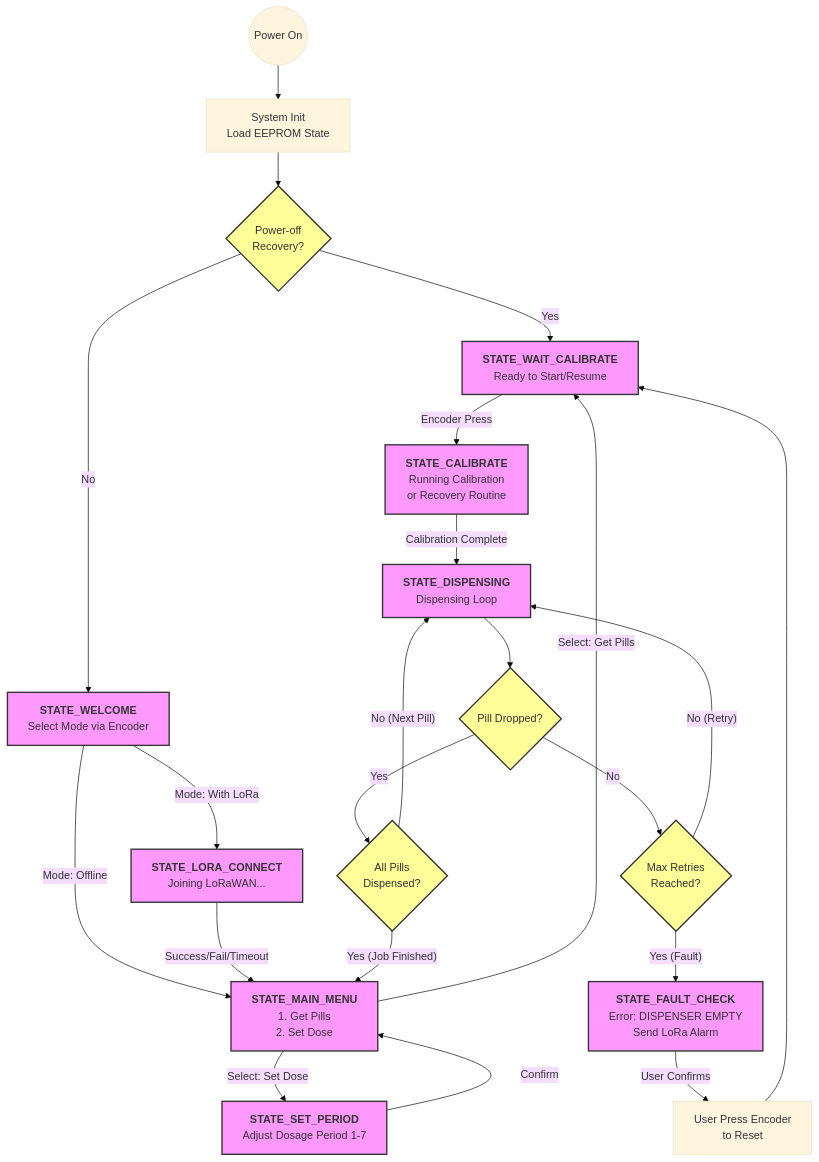
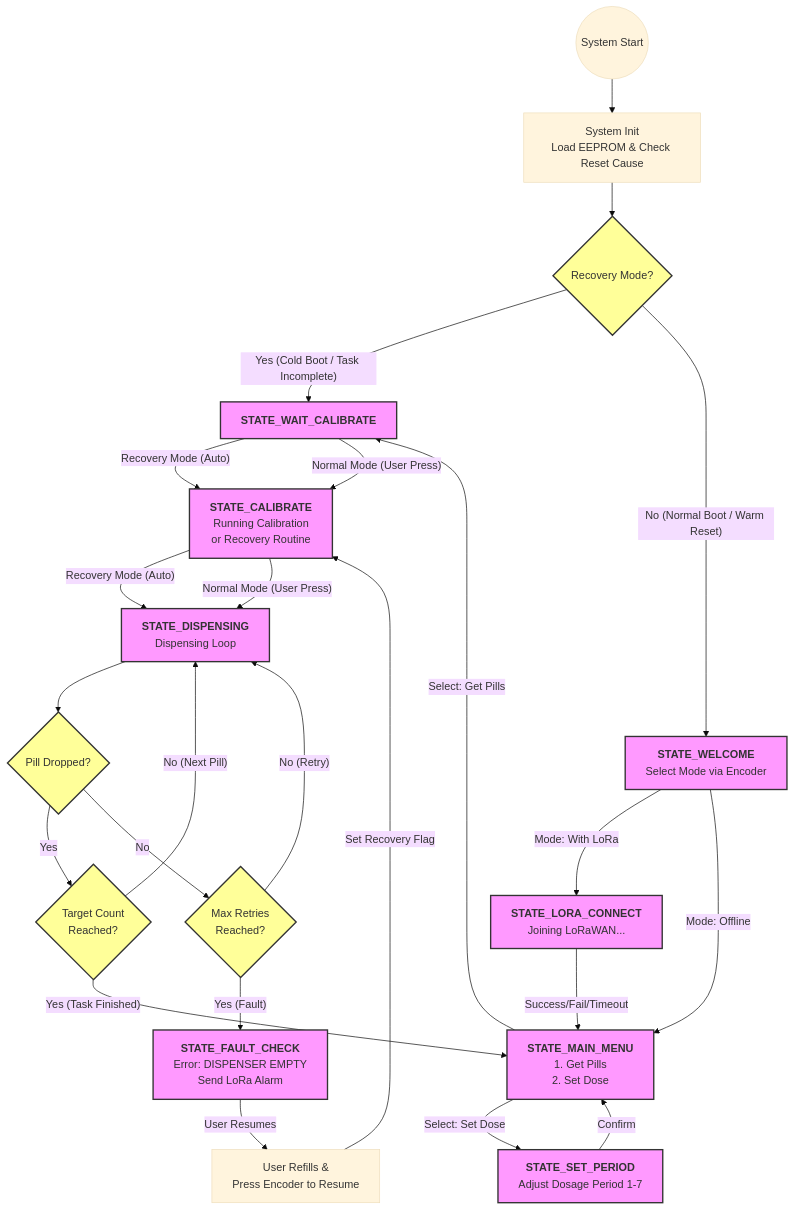
One commit to SuzyZhang-Dev/Pill-dispenser-SmartIoTproject changed the diagram in README.md. Above: the diagram before and after it, drawn with Mermaid (base theme). The commit also changed 8 other files, not shown here.

Commit message:
add reset(warm boot) function

````diff
--- a/README.md
+++ b/README.md
@@ -100,76 +100,81 @@
 ```mermaid
 flowchart TD
-    %% Node Definitions
-    Start((Power On))
-    Init[System Init<br/>Load EEPROM State]
-    CheckPowerOff{Power-off<br/>Recovery?}
-    
-    %% Welcome State
+%% Node Definitions
+    Start((System Start))
+    Init[System Init<br/>Load EEPROM & Check Reset Cause]
+
+    CheckRecovery{Recovery Mode?}
+
+%% Welcome State (Normal Boot)
     StateWelcome[<b>STATE_WELCOME</b><br/>Select Mode via Encoder]
     StateLora[<b>STATE_LORA_CONNECT</b><br/>Joining LoRaWAN...]
-    
-    %% Main Menu
+
+%% Main Menu
     StateMenu[<b>STATE_MAIN_MENU</b><br/>1. Get Pills<br/>2. Set Dose]
     StateSetPeriod[<b>STATE_SET_PERIOD</b><br/>Adjust Dosage Period 1-7]
-    
-    %% Calibration Flow
-    StateWaitCalib[<b>STATE_WAIT_CALIBRATE</b><br/>Ready to Start/Resume]
+
+%% Calibration Flow (Auto or Manual)
+    StateWaitCalib[<b>STATE_WAIT_CALIBRATE</b>]
     StateCalib[<b>STATE_CALIBRATE</b><br/>Running Calibration<br/>or Recovery Routine]
-    
-    %% Dispensing Flow
+
+%% Dispensing Flow
     StateDispense[<b>STATE_DISPENSING</b><br/>Dispensing Loop]
     CheckSuccess{Pill Dropped?}
     RetryCheck{Max Retries<br/>Reached?}
-    LoopCheck{All Pills<br/>Dispensed?}
-    
-    %% Fault State
+    LoopCheck{Target Count<br/>Reached?}
+
+%% Fault State
     StateFault[<b>STATE_FAULT_CHECK</b><br/>Error: DISPENSER EMPTY<br/>Send LoRa Alarm]
-    ResetAction[User Press Encoder<br/>to Reset]
+    ResumeAction[User Refills &<br/>Press Encoder to Resume]
 
-    %% Logic Connections
-    Start --> Init --> CheckPowerOff
-    
-    %% Power-off Recovery Logic
-    CheckPowerOff -- Yes --> StateWaitCalib
-    CheckPowerOff -- No --> StateWelcome
-    
-    %% Mode Selection
-    StateWelcome -- Mode: With LoRa --> StateLora
-    StateWelcome -- Mode: Offline --> StateMenu
-    
-    StateLora -- Success/Fail/Timeout --> StateMenu
-    
-    %% Menu Navigation
-    StateMenu -- Select: Set Dose --> StateSetPeriod
-    StateSetPeriod -- Confirm --> StateMenu
-    
-    StateMenu -- Select: Get Pills --> StateWaitCalib
-    StateWaitCalib -- Encoder Press --> StateCalib
-    
-    StateCalib -- Calibration Complete --> StateDispense
-    
-    %% Dispensing Logic
-    StateDispense --> CheckSuccess
-    
-    CheckSuccess -- Yes --> LoopCheck
-    CheckSuccess -- No --> RetryCheck
-    
-    %% Retry Mechanism
-    RetryCheck -- No (Retry) --> StateDispense
-    RetryCheck -- Yes (Fault) --> StateFault
-    
-    %% Loop Continuation
-    LoopCheck -- No (Next Pill) --> StateDispense
-    LoopCheck -- Yes (Job Finished) --> StateMenu
-    
-    %% Fault Recovery
-    StateFault -- User Confirms --> ResetAction
-    ResetAction --> StateWaitCalib
+%% Logic Connections
+    Start --> Init --> CheckRecovery
 
-    %% Styling
-    classDef state fill:#f9f,stroke:#333,stroke-width:2px;
-    classDef decision fill:#ff9,stroke:#333,stroke-width:2px;
-    
-    class StateWelcome,StateLora,StateMenu,StateSetPeriod,StateWaitCalib,StateCalib,StateDispense,StateFault state;
-    class CheckPowerOff,CheckSuccess,RetryCheck,LoopCheck decision;
+%% Recovery Mode Logic (Power-off or Task Incomplete)
+    CheckRecovery -- Yes (Cold Boot / Task Incomplete) --> StateWaitCalib
+CheckRecovery -- No (Normal Boot / Warm Reset) --> StateWelcome
+
+%% Mode Selection
+StateWelcome -- Mode: With LoRa --> StateLora
+StateWelcome -- Mode: Offline --> StateMenu
+
+StateLora -- Success/Fail/Timeout --> StateMenu
+
+%% Menu Navigation
+StateMenu -- Select: Set Dose --> StateSetPeriod
+StateSetPeriod -- Confirm --> StateMenu
+
+StateMenu -- Select: Get Pills --> StateWaitCalib
+
+%% Calibration Logic
+StateWaitCalib -- Recovery Mode (Auto) --> StateCalib
+StateWaitCalib -- Normal Mode (User Press) --> StateCalib
+
+StateCalib -- Recovery Mode (Auto) --> StateDispense
+StateCalib -- Normal Mode (User Press) --> StateDispense
+
+%% Dispensing Loop
+StateDispense --> CheckSuccess
+
+CheckSuccess -- Yes --> LoopCheck
+CheckSuccess -- No --> RetryCheck
+
+%% Retry Mechanism
+RetryCheck -- No (Retry) --> StateDispense
+RetryCheck -- Yes (Fault) --> StateFault
+
+%% Loop Continuation
+LoopCheck -- No (Next Pill) --> StateDispense
+LoopCheck -- Yes (Task Finished) --> StateMenu
+
+%% Fault Recovery (Resume Logic)
+StateFault -- User Resumes --> ResumeAction
+ResumeAction -- Set Recovery Flag --> StateCalib
+
+%% Styling
+classDef state fill:#f9f,stroke:#333,stroke-width:2px;
+classDef decision fill:#ff9,stroke:#333,stroke-width:2px;
+
+class StateWelcome,StateLora,StateMenu,StateSetPeriod,StateWaitCalib,StateCalib,StateDispense,StateFault state;
+class CheckRecovery,CheckSuccess,RetryCheck,LoopCheck decision;
 ```
````
